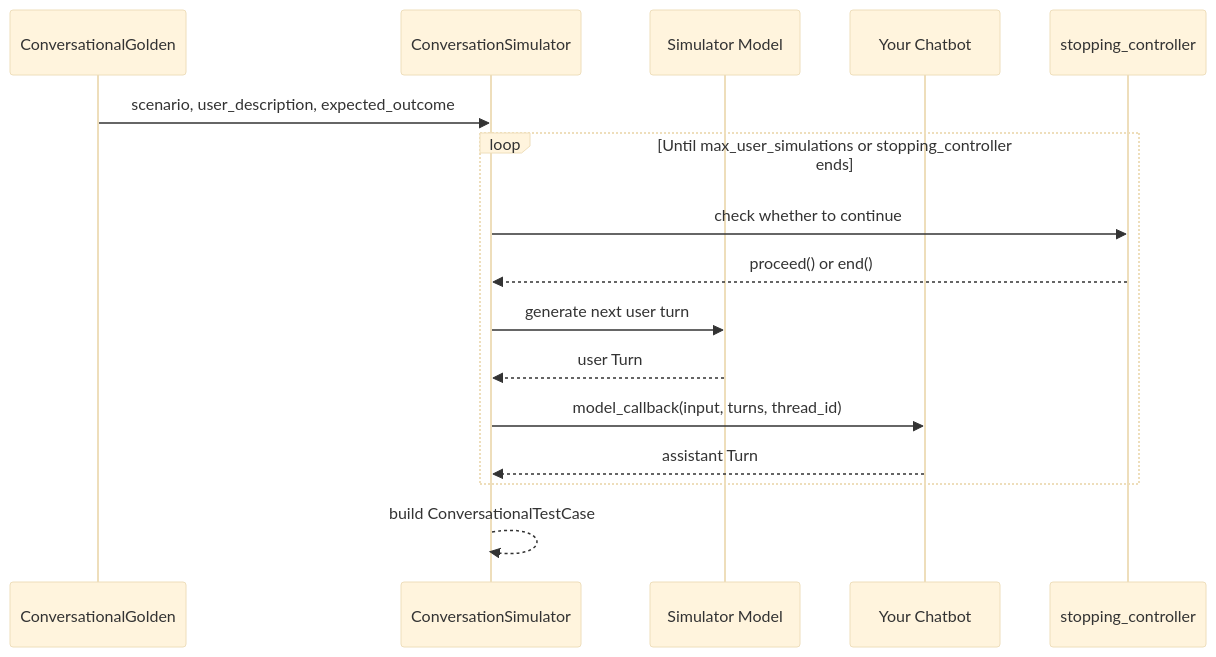
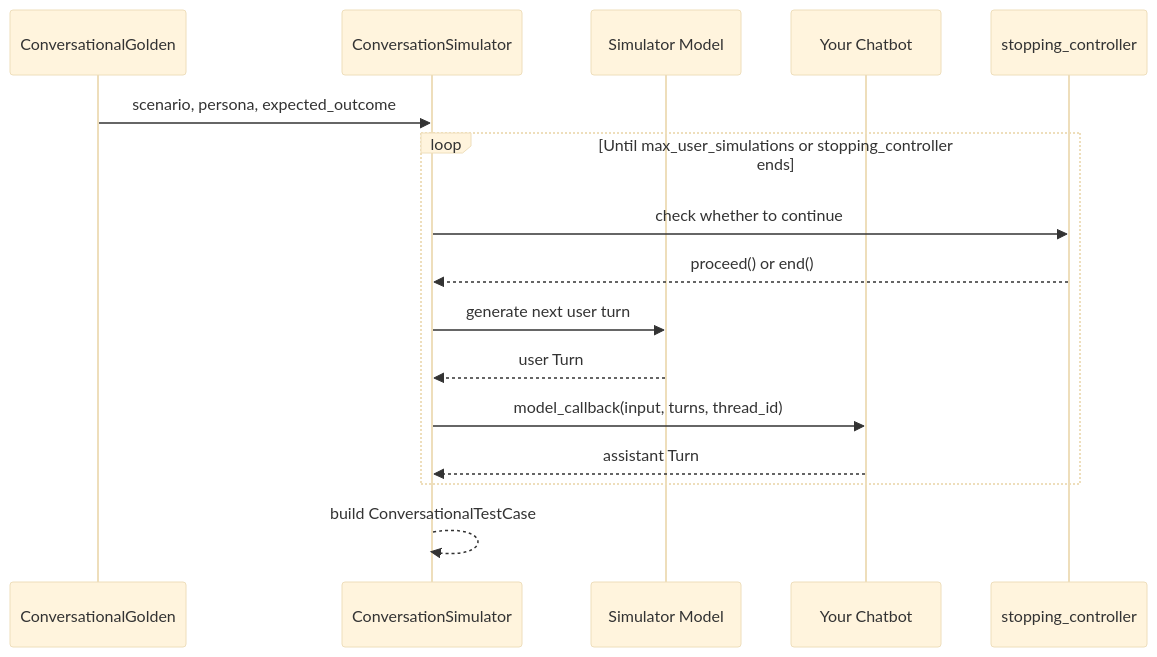
The diagram in docs/content/docs/conversation-simulator/index.mdx (confident-ai/deepeval), drawn with Mermaid (base theme) before and after one commit. The commit also changed other lines of this file and 170 other files, not shown here.

````diff
--- a/docs/content/docs/conversation-simulator/index.mdx
+++ b/docs/content/docs/conversation-simulator/index.mdx
@@ -44,19 +44,19 @@
 ```mermaid
 sequenceDiagram
     participant Golden as ConversationalGolden
     participant Simulator as ConversationSimulator
     participant UserModel as Simulator Model
     participant App as Your Chatbot
     participant Stop as stopping_controller
 
-    Golden->>Simulator: scenario, user_description, expected_outcome
+    Golden->>Simulator: scenario, persona, expected_outcome
     loop Until max_user_simulations or stopping_controller ends
         Simulator->>Stop: check whether to continue
         Stop-->>Simulator: proceed() or end()
         Simulator->>UserModel: generate next user turn
         UserModel-->>Simulator: user Turn
         Simulator->>App: model_callback(input, turns, thread_id)
         App-->>Simulator: assistant Turn
     end
     Simulator-->>Simulator: build ConversationalTestCase
 ```
````
